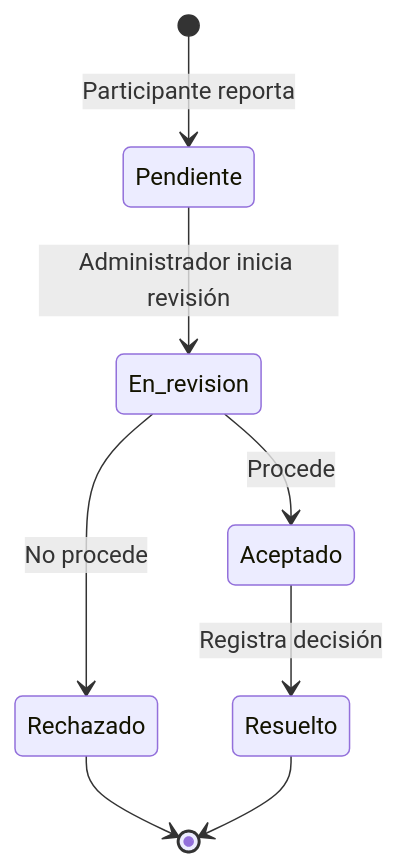
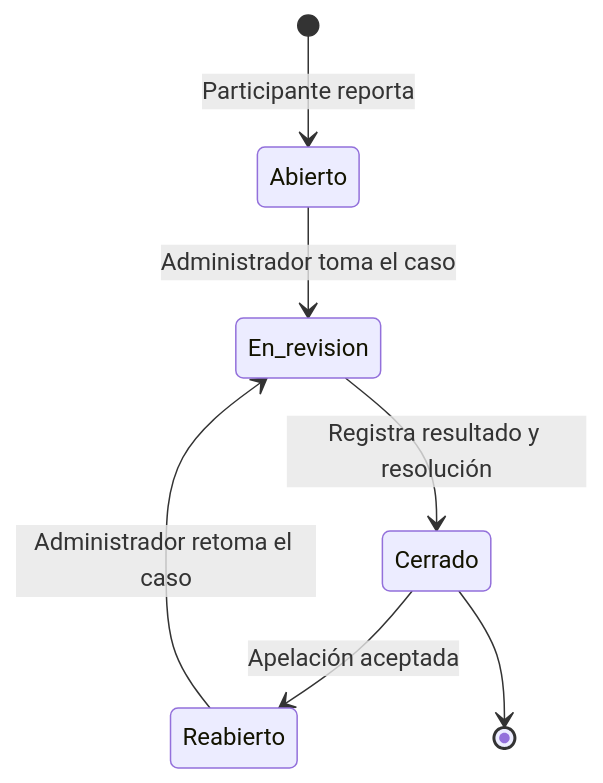
Before and after one commit to robertofabiot/moica-hackathon: the second of 2 diagrams in Docs/Core/DefinicionProducto.md, drawn with Mermaid. The commit also changed other lines of this file and 1 other file, not shown here.

````diff
--- a/Docs/Core/DefinicionProducto.md
+++ b/Docs/Core/DefinicionProducto.md
@@ -342,10 +342,9 @@
 ```mermaid
 stateDiagram-v2
-    [*] --> Pendiente: Participante reporta
-    Pendiente --> En_revision: Administrador inicia revisión
-    En_revision --> Rechazado: No procede
-    En_revision --> Aceptado: Procede
-    Aceptado --> Resuelto: Registra decisión
-    Rechazado --> [*]
-    Resuelto --> [*]
+    [*] --> Abierto: Participante reporta
+    Abierto --> En_revision: Administrador toma el caso
+    En_revision --> Cerrado: Registra resultado y resolución
+    Cerrado --> Reabierto: Apelación aceptada
+    Reabierto --> En_revision: Administrador retoma el caso
+    Cerrado --> [*]
 ```
````
